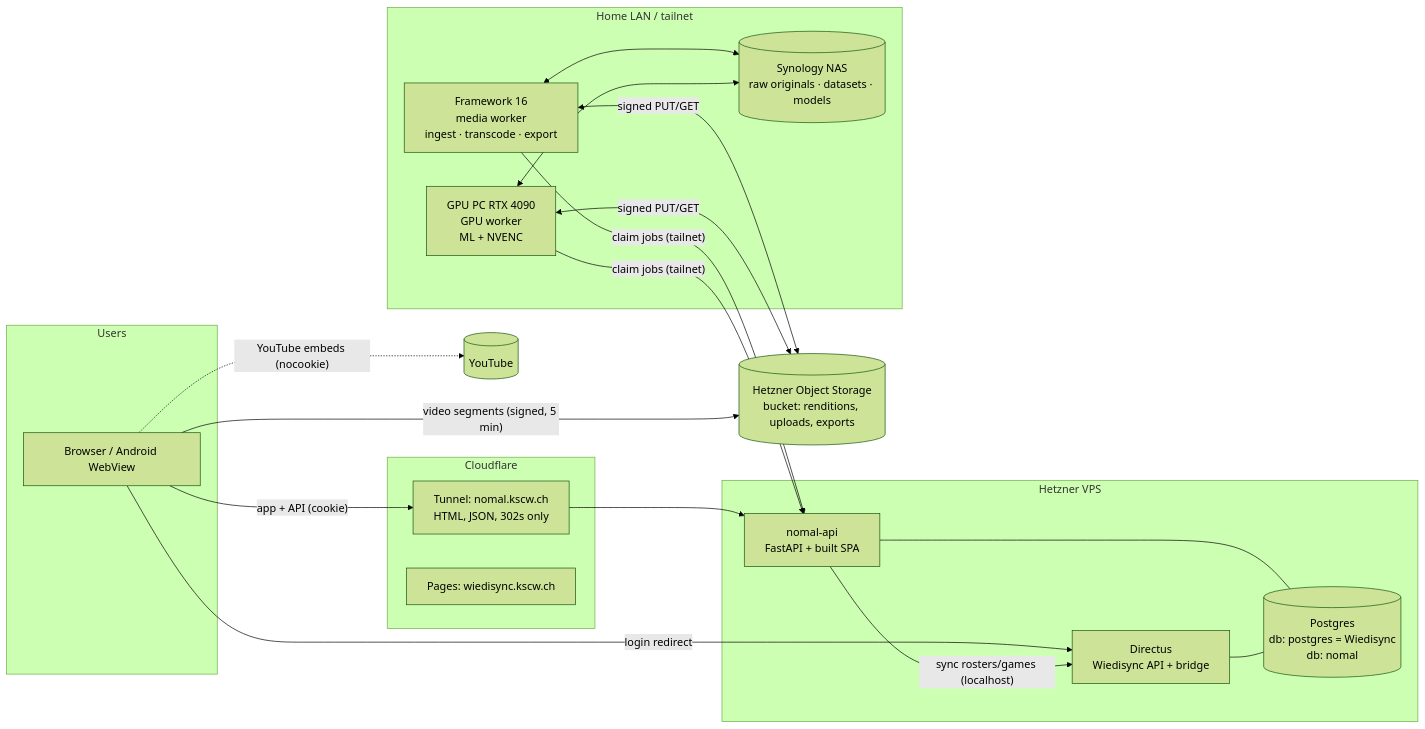
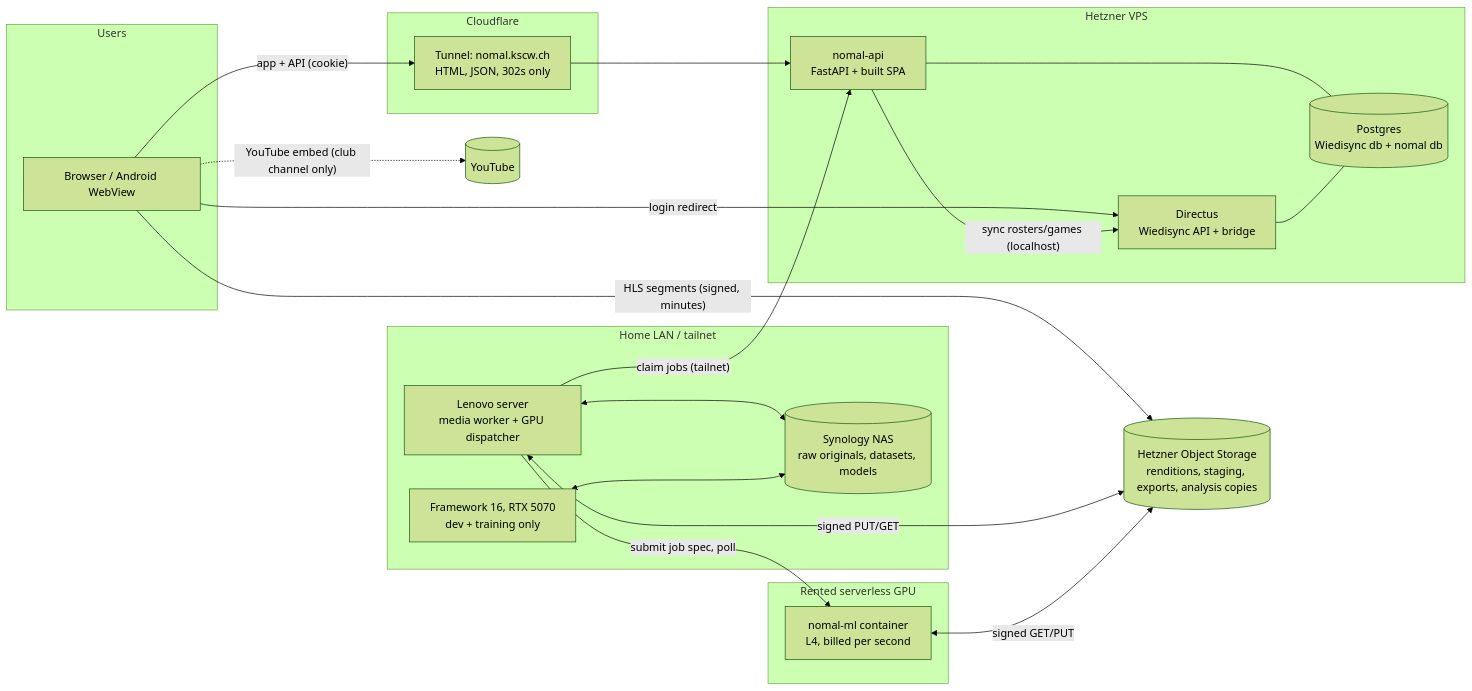
Before and after one commit to KSC-Wiedikon/wieplay: the first of 4 diagrams in docs/PLAN.md, drawn with Mermaid (forest theme). The commit also changed other lines of this file and 1 other file, not shown here.

````diff
--- a/docs/PLAN.md
+++ b/docs/PLAN.md
@@ -92,39 +108,42 @@
 ```mermaid
 flowchart LR
   subgraph Users
     B[Browser / Android WebView]
   end
 
   subgraph CF[Cloudflare]
     T[Tunnel: nomal.kscw.ch<br/>HTML, JSON, 302s only]
-    P[Pages: wiedisync.kscw.ch]
   end
 
   subgraph H[Hetzner VPS]
     API[nomal-api<br/>FastAPI + built SPA]
     DX[Directus<br/>Wiedisync API + bridge]
-    PG[(Postgres<br/>db: postgres = Wiedisync<br/>db: nomal)]
+    PG[(Postgres<br/>Wiedisync db + nomal db)]
   end
 
-  OS[(Hetzner Object Storage<br/>bucket: renditions, uploads, exports)]
+  OS[(Hetzner Object Storage<br/>renditions, staging, exports, analysis copies)]
 
   subgraph Home[Home LAN / tailnet]
-    FW[Framework 16<br/>media worker<br/>ingest · transcode · export]
-    GPU[GPU PC RTX 4090<br/>GPU worker<br/>ML + NVENC]
-    NAS[(Synology NAS<br/>raw originals · datasets · models)]
+    LS[Lenovo server<br/>media worker + GPU dispatcher]
+    NAS[(Synology NAS<br/>raw originals, datasets, models)]
+    FW[Framework 16, RTX 5070<br/>dev + training only]
+  end
+
+  subgraph GPU[Rented serverless GPU]
+    ML[nomal-ml container<br/>L4, billed per second]
   end
 
   B -- "app + API (cookie)" --> T --> API
   B -- "login redirect" --> DX
-  B -- "video segments (signed, 5 min)" --> OS
-  B -. "YouTube embeds (nocookie)" .-> YT[(YouTube)]
+  B -- "HLS segments (signed, minutes)" --> OS
+  B -. "YouTube embed (club channel only)" .-> YT[(YouTube)]
   API --- PG
   DX --- PG
   API -- "sync rosters/games (localhost)" --> DX
-  FW -- "claim jobs (tailnet)" --> API
-  GPU -- "claim jobs (tailnet)" --> API
-  FW <-- "signed PUT/GET" --> OS
-  GPU <-- "signed PUT/GET" --> OS
+  LS -- "claim jobs (tailnet)" --> API
+  LS <-- "signed PUT/GET" --> OS
+  LS <--> NAS
+  LS -- "submit job spec, poll" --> ML
+  ML <-- "signed GET/PUT" --> OS
   FW <--> NAS
-  GPU <--> NAS
 ```
````
